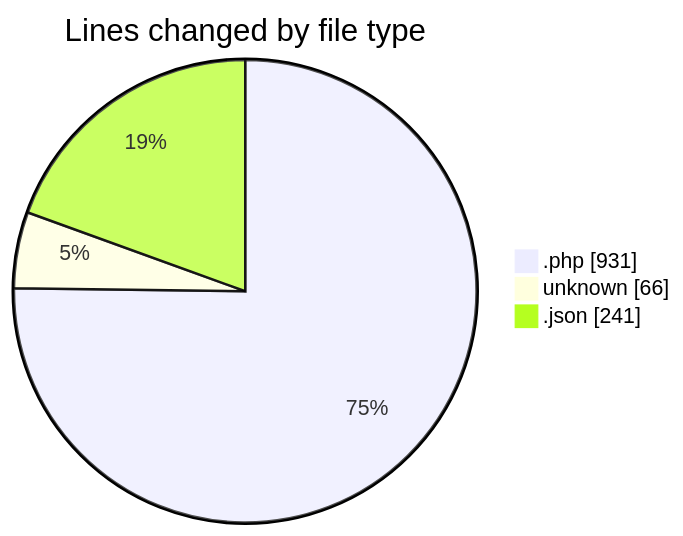
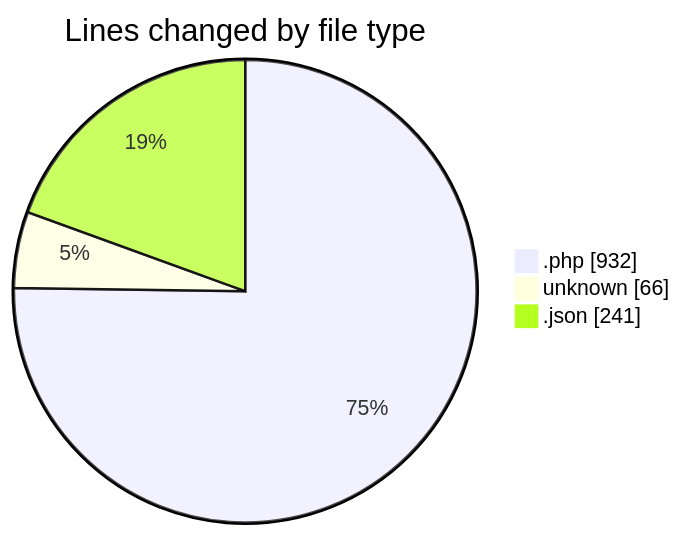
One commit to idhammustaqopulfikri/code-tracking changed the first of 2 diagrams in 2025-04-10/test/README.md. Above: the diagram before and after it, drawn with Mermaid. The commit also changed other lines of this file and 1 other file, not shown here.

````diff
--- a/2025-04-10/test/README.md
+++ b/2025-04-10/test/README.md
@@ -36,7 +36,7 @@
 ```mermaid
 pie showData
 title Lines changed by file type
-".php" : 931
+".php" : 932
 "unknown" : 66
 ".json" : 241
 ```
````
